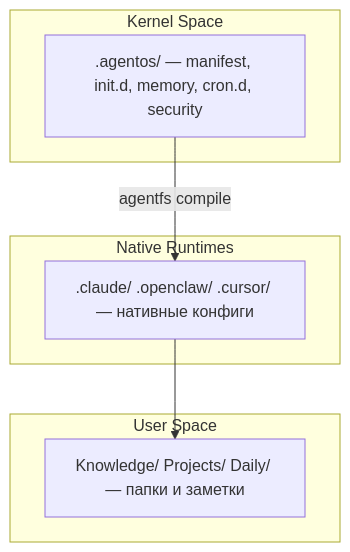
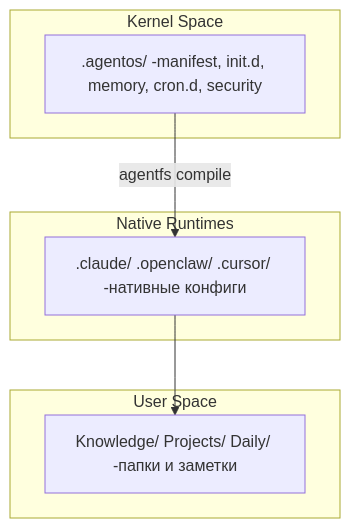
The fifth of 5 diagrams in src/site/notes/Knowledge/AI/rurik-agent-story.md (kksudo/public-garden), drawn with Mermaid before and after one commit. The commit also changed other lines of this file and 1 other file, not shown here.

````diff
--- a/src/site/notes/Knowledge/AI/rurik-agent-story.md
+++ b/src/site/notes/Knowledge/AI/rurik-agent-story.md
@@ -314,14 +322,14 @@
 ```mermaid
 graph TB
     subgraph "User Space"
-        US[Knowledge/ Projects/ Daily/ — папки и заметки]
+        US[Knowledge/ Projects/ Daily/ -папки и заметки]
     end
     subgraph "Native Runtimes"
-        NR[.claude/ .openclaw/ .cursor/ — нативные конфиги]
+        NR[.claude/ .openclaw/ .cursor/ -нативные конфиги]
     end
     subgraph "Kernel Space"
-        KS[.agentos/ — manifest, init.d, memory, cron.d, security]
+        KS[.agentos/ -manifest, init.d, memory, cron.d, security]
     end
     KS -->|agentfs compile| NR
     NR --> US
 ```
````
